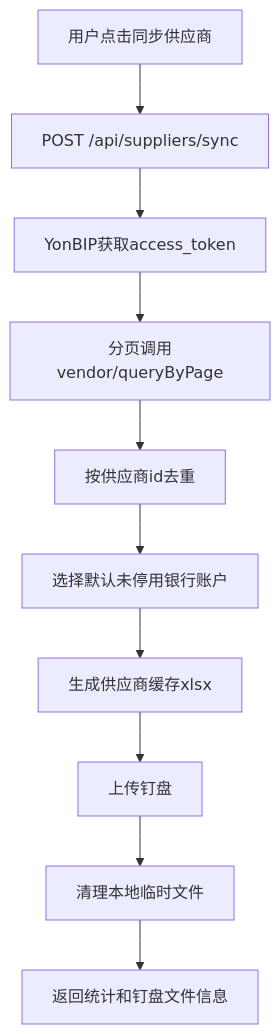
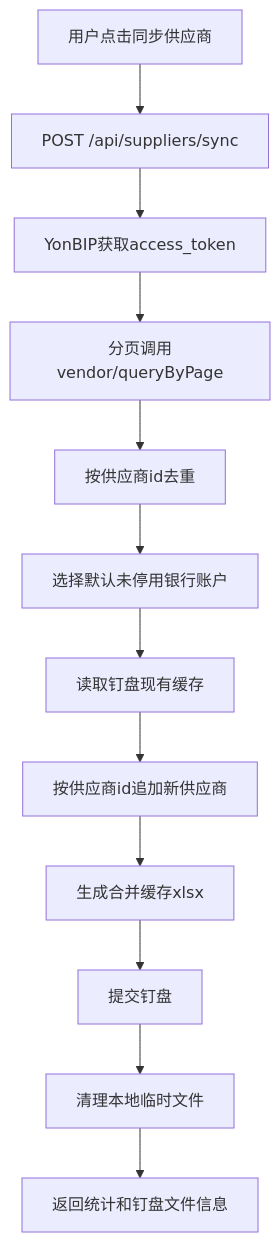
One commit to yuqingyang3019-cyber/hetong changed the third of 5 diagrams in SPEC/ARCHITECTURE.md. Above: the diagram before and after it, drawn with Mermaid. The commit also changed other lines of this file and 10 other files, not shown here.

First line of the commit message:
feat: add supplier cache reconciliation flow

````diff
--- a/SPEC/ARCHITECTURE.md
+++ b/SPEC/ARCHITECTURE.md
@@ -213,12 +213,14 @@
 ```mermaid
 flowchart TD
   clickSync["用户点击同步供应商"] --> syncApi["POST /api/suppliers/sync"]
   syncApi --> getToken["YonBIP获取access_token"]
   getToken --> queryPage["分页调用vendor/queryByPage"]
   queryPage --> dedupe["按供应商id去重"]
   dedupe --> chooseBank["选择默认未停用银行账户"]
-  chooseBank --> buildXlsx["生成供应商缓存xlsx"]
-  buildXlsx --> uploadDrive["上传钉盘"]
+  chooseBank --> readCache["读取钉盘现有缓存"]
+  readCache --> appendNew["按供应商id追加新供应商"]
+  appendNew --> buildXlsx["生成合并缓存xlsx"]
+  buildXlsx --> uploadDrive["提交钉盘"]
   uploadDrive --> cleanup["清理本地临时文件"]
   cleanup --> result["返回统计和钉盘文件信息"]
 ```
````
